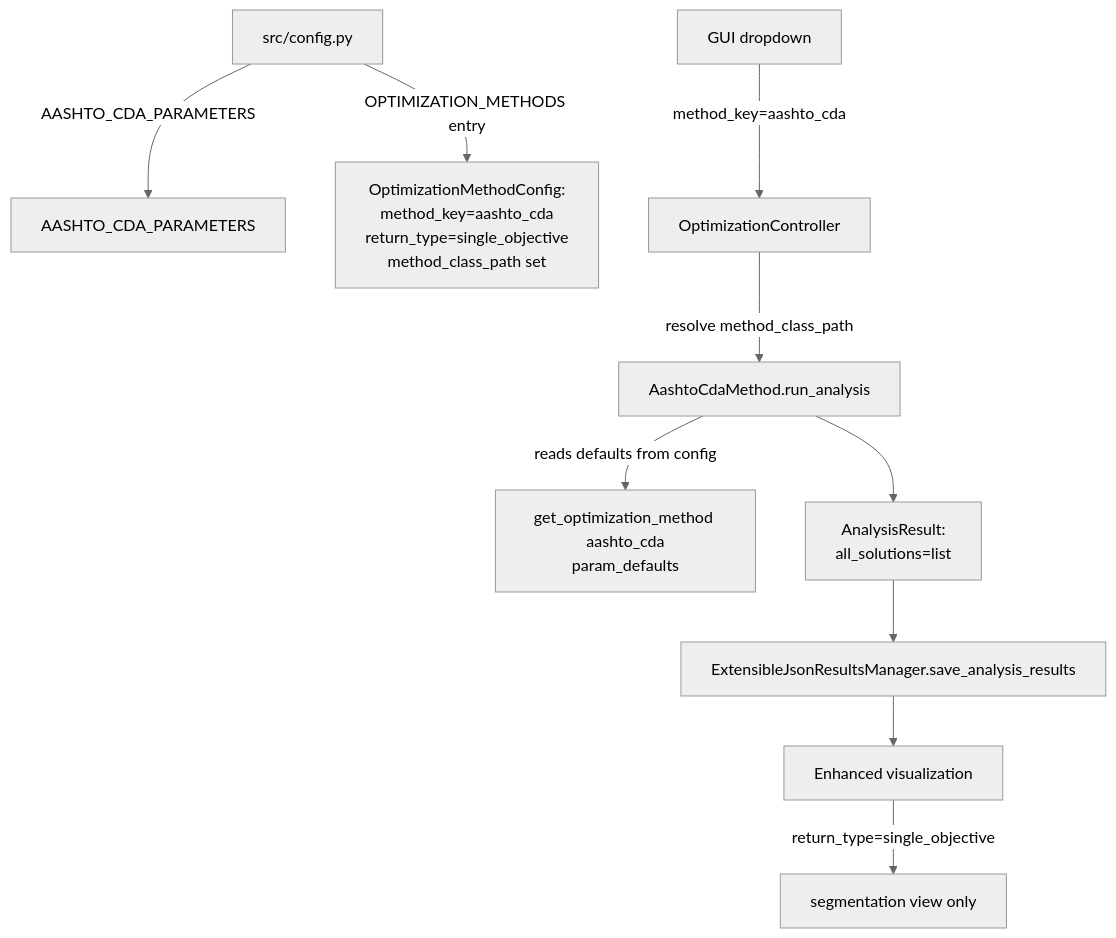
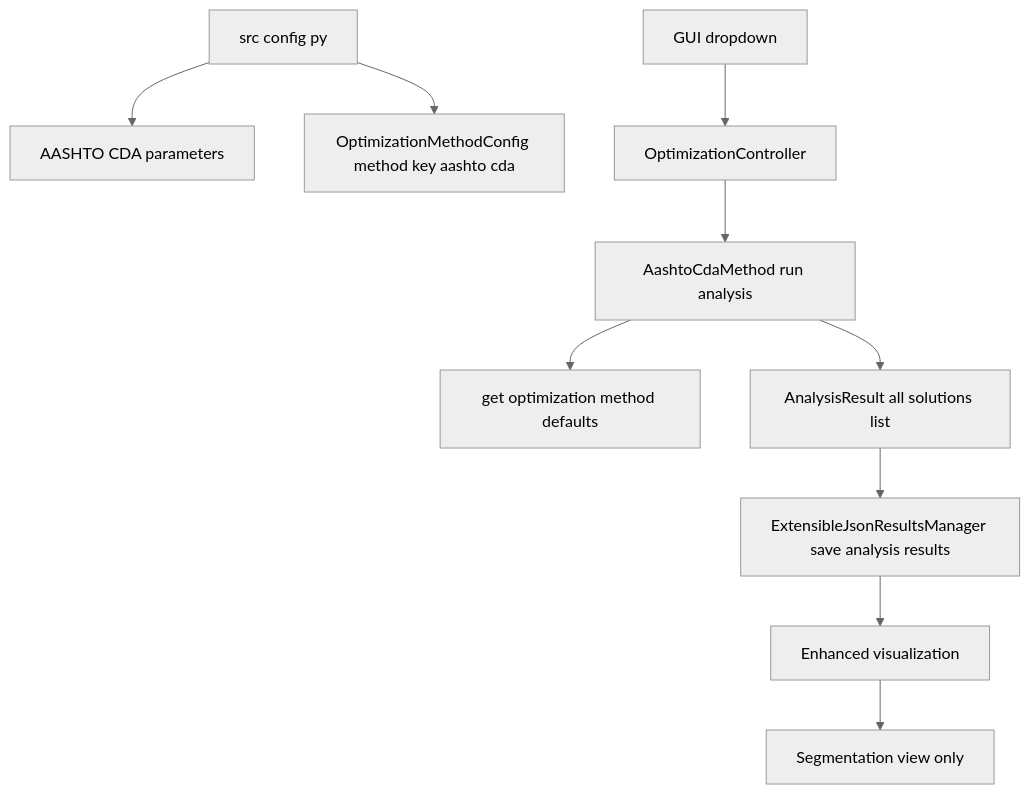
One commit to eperrone-pers/highway_segmentation_tool changed the second of 2 diagrams in docs/configuring_new_analysis_method.md. Above: the diagram before and after it, drawn with Mermaid (neutral theme). The commit also changed other lines of this file and 15 other files, not shown here.

````diff
--- a/docs/configuring_new_analysis_method.md
+++ b/docs/configuring_new_analysis_method.md
@@ -232,15 +222,12 @@
 ```mermaid
 flowchart TD
-    CFG[src/config.py] -->|AASHTO_CDA_PARAMETERS| PARAMS[AASHTO_CDA_PARAMETERS]
-    CFG -->|OPTIMIZATION_METHODS entry| REG[OptimizationMethodConfig:<br/>method_key=aashto_cda<br/>return_type=single_objective<br/>method_class_path set]
-
-    GUI[GUI dropdown] -->|method_key=aashto_cda| OC[OptimizationController]
-    OC -->|resolve method_class_path| CALL[AashtoCdaMethod.run_analysis]
-
-    CALL -->|reads defaults from config| DEFAULTS[get_optimization_method aashto_cda<br/>param_defaults]
-    CALL --> AR[AnalysisResult:<br/>all_solutions=list]
-
-    AR --> JSON[ExtensibleJsonResultsManager.save_analysis_results]
-    JSON --> VIZ[Enhanced visualization]
-    VIZ -->|return_type=single_objective| LAYOUT[segmentation view only]
+    CFG["src config py"] --> PARAMS["AASHTO CDA parameters"];
+    CFG --> REG["OptimizationMethodConfig method key aashto cda"];
+    GUI["GUI dropdown"] --> OC["OptimizationController"];
+    OC --> CALL["AashtoCdaMethod run analysis"];
+    CALL --> DEFAULTS["get optimization method defaults"];
+    CALL --> AR["AnalysisResult all solutions list"];
+    AR --> JSON["ExtensibleJsonResultsManager save analysis results"];
+    JSON --> VIZ["Enhanced visualization"];
+    VIZ --> LAYOUT["Segmentation view only"];
 ```
````
